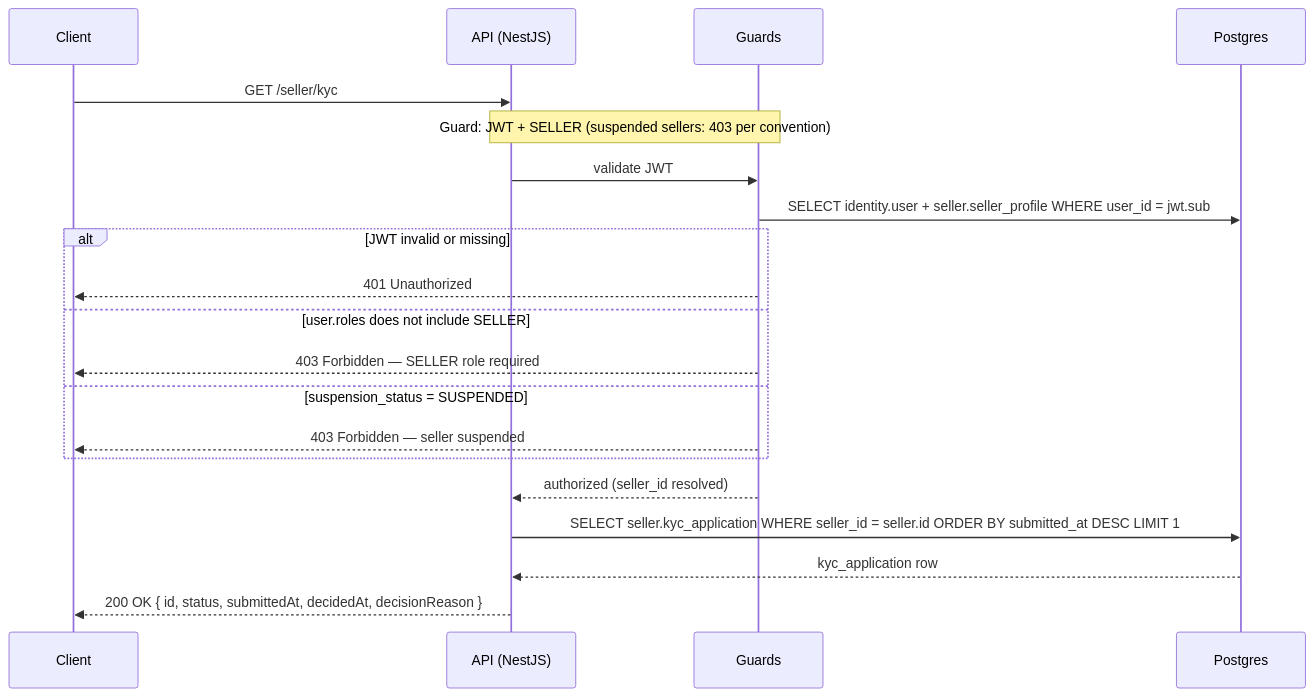
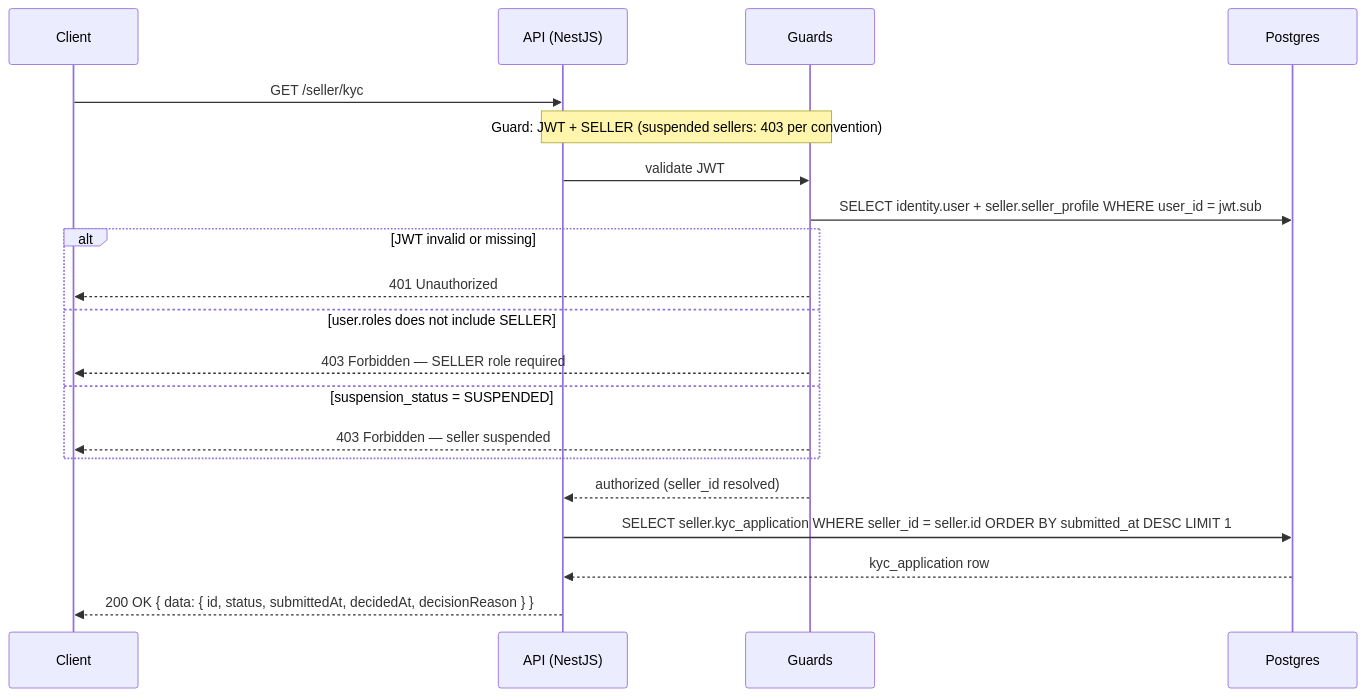
Before and after one commit to alisa-uthi/aliceut-ecom-document: the third of 21 diagrams in phase-1/technical-design/api-design/seller.md, drawn with Mermaid. The commit also changed other lines of this file and 22 other files, not shown here.

````diff
--- a/phase-1/technical-design/api-design/seller.md
+++ b/phase-1/technical-design/api-design/seller.md
@@ -223,25 +229,25 @@
 ```mermaid
 sequenceDiagram
     participant C as Client
     participant A as API (NestJS)
     participant G as Guards
     participant P as Postgres
 
     C->>A: GET /seller/kyc
     Note over A,G: Guard: JWT + SELLER (suspended sellers: 403 per convention)
     A->>G: validate JWT
     G->>P: SELECT identity.user + seller.seller_profile WHERE user_id = jwt.sub
     alt JWT invalid or missing
         G-->>C: 401 Unauthorized
     else user.roles does not include SELLER
         G-->>C: 403 Forbidden — SELLER role required
     else suspension_status = SUSPENDED
         G-->>C: 403 Forbidden — seller suspended
     end
     G-->>A: authorized (seller_id resolved)
 
     A->>P: SELECT seller.kyc_application WHERE seller_id = seller.id ORDER BY submitted_at DESC LIMIT 1
     P-->>A: kyc_application row
 
-    A-->>C: 200 OK { id, status, submittedAt, decidedAt, decisionReason }
+    A-->>C: 200 OK { data: { id, status, submittedAt, decidedAt, decisionReason } }
 ```
````
